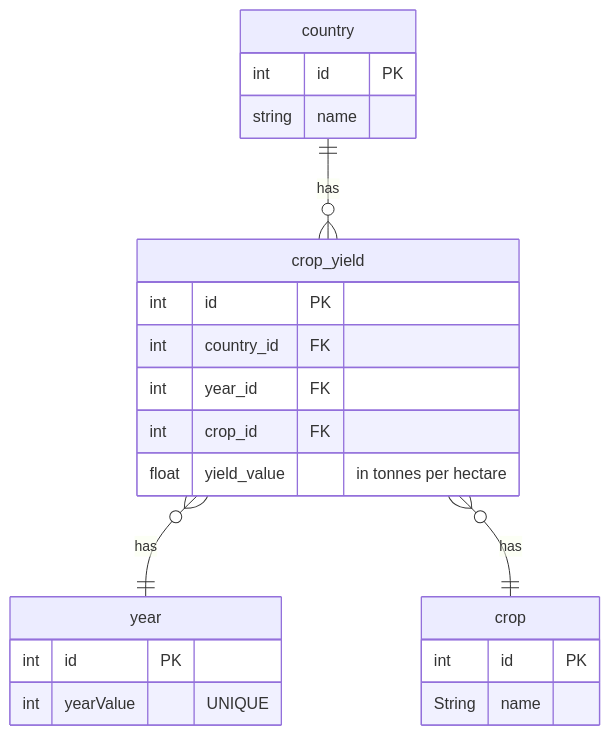
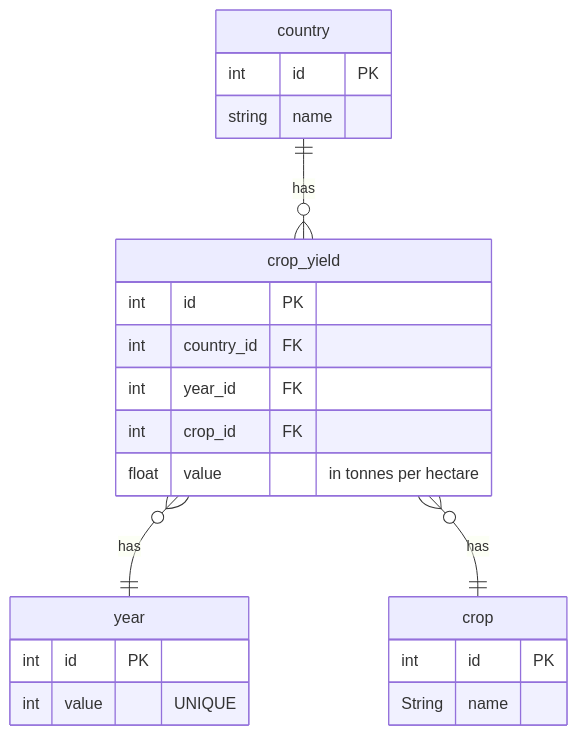
The diagram in database/database_model.md (nikhil4424/dotnet_datavis_webapp), drawn with Mermaid before and after one commit. The commit also changed other lines of this file, not shown here.

Commit message:
adjusted variable names in database model

````diff
--- a/database/database_model.md
+++ b/database/database_model.md
@@ -4,33 +1,32 @@
 ```mermaid
     erDiagram
-    
+
 	country {
 		int id PK
 		string name
 	}
-	
+
 	year{
 		int id PK
-		int yearValue "UNIQUE"
+		int value "UNIQUE"
 	}
 
 	crop{
 		int id PK
 		String name
 	}
 
 	crop_yield{
 		int id PK
 		int country_id FK
 		int year_id FK
 		int crop_id FK
-		float yield_value "in tonnes per hectare"
-		
-		
+		float value "in tonnes per hectare"
+
+
 	}
 
 	country ||--o{ crop_yield : has
 	crop_yield }o--|| year : has
 	crop_yield }o--|| crop: has
-
 ```
````
